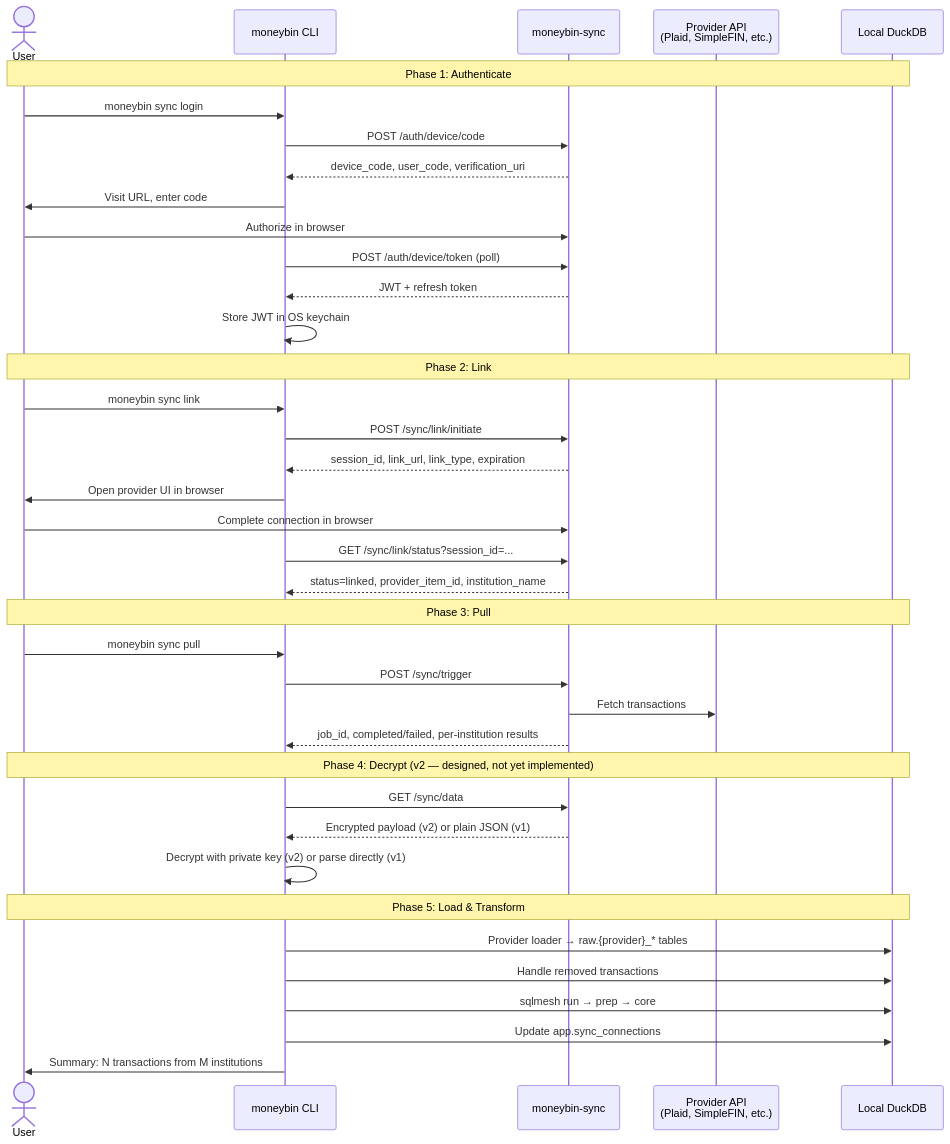
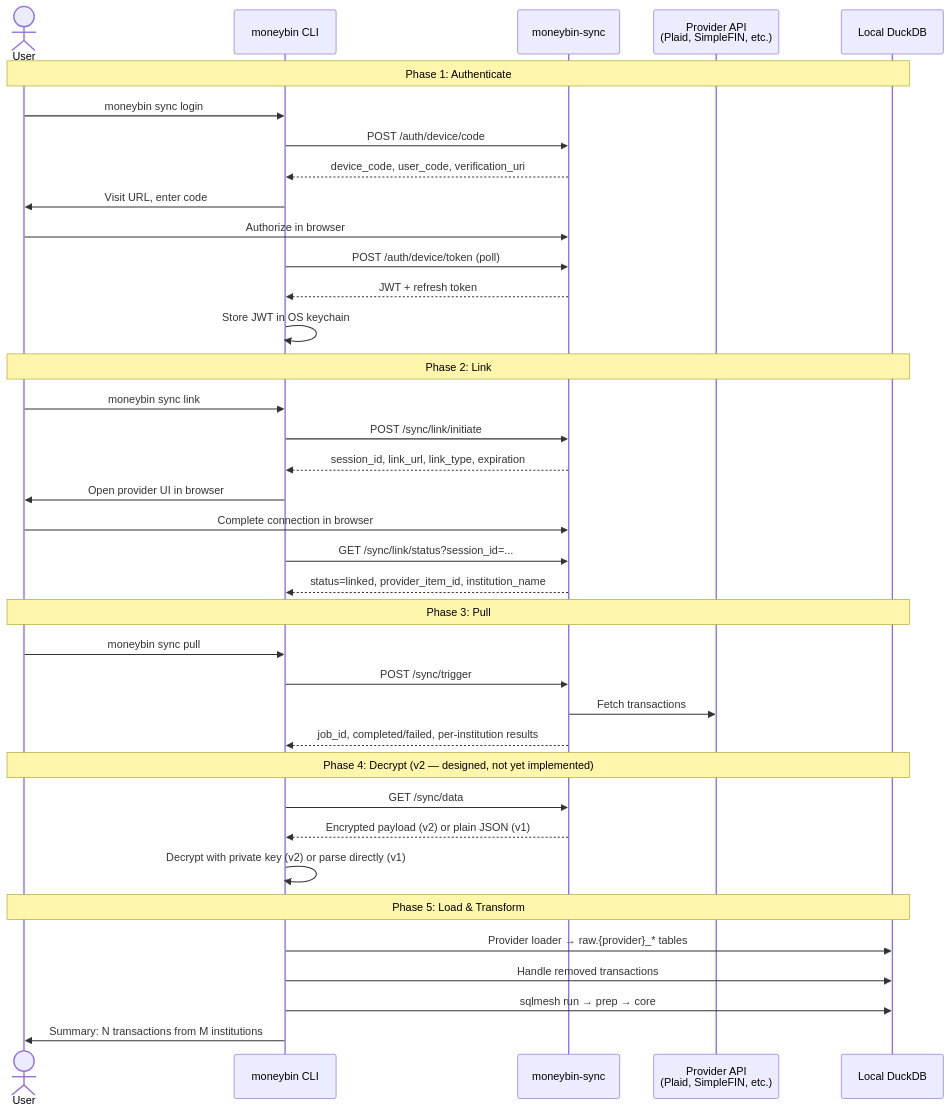
One commit to bsaffel/moneybin changed the first of 2 diagrams in docs/specs/sync-overview.md. Above: the diagram before and after it, drawn with Mermaid. The commit also changed other lines of this file and 1 other file, not shown here.

First line of the commit message:
Align sync documentation with server-owned connection health

````diff
--- a/docs/specs/sync-overview.md
+++ b/docs/specs/sync-overview.md
@@ -68,45 +68,44 @@
 ```mermaid
 sequenceDiagram
     actor User
     participant CLI as moneybin CLI
     participant Server as moneybin-sync
     participant Provider as Provider API<br/>(Plaid, SimpleFIN, etc.)
     participant DB as Local DuckDB
 
     Note over User,DB: Phase 1: Authenticate
     User->>CLI: moneybin sync login
     CLI->>Server: POST /auth/device/code
     Server-->>CLI: device_code, user_code, verification_uri
     CLI->>User: Visit URL, enter code
     User->>Server: Authorize in browser
     CLI->>Server: POST /auth/device/token (poll)
     Server-->>CLI: JWT + refresh token
     CLI->>CLI: Store JWT in OS keychain
 
     Note over User,DB: Phase 2: Link
     User->>CLI: moneybin sync link
     CLI->>Server: POST /sync/link/initiate
     Server-->>CLI: session_id, link_url, link_type, expiration
     CLI->>User: Open provider UI in browser
     User->>Server: Complete connection in browser
     CLI->>Server: GET /sync/link/status?session_id=...
     Server-->>CLI: status=linked, provider_item_id, institution_name
 
     Note over User,DB: Phase 3: Pull
     User->>CLI: moneybin sync pull
     CLI->>Server: POST /sync/trigger
     Server->>Provider: Fetch transactions
     Server-->>CLI: job_id, completed/failed, per-institution results
 
     Note over User,DB: Phase 4: Decrypt (v2 — designed, not yet implemented)
     CLI->>Server: GET /sync/data
     Server-->>CLI: Encrypted payload (v2) or plain JSON (v1)
     CLI->>CLI: Decrypt with private key (v2) or parse directly (v1)
 
     Note over User,DB: Phase 5: Load & Transform
     CLI->>DB: Provider loader → raw.{provider}_* tables
     CLI->>DB: Handle removed transactions
     CLI->>DB: sqlmesh run → prep → core
-    CLI->>DB: Update app.sync_connections
     CLI->>User: Summary: N transactions from M institutions
 ```
````
